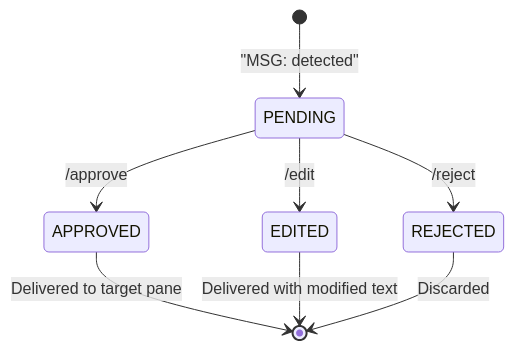
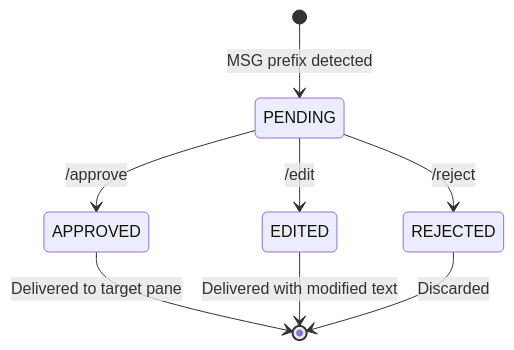
Before and after one commit to pingqLIN/terminal-bridge-v2: the second of 2 diagrams in README.md, drawn with Mermaid. The commit also changed 1 other file, not shown here.

Commit message:
fix: resolve Mermaid stateDiagram rendering on GitHub
Remove colon inside transition label that conflicts with Mermaid's
state --> state: label syntax, causing GitHub to fail rendering.

````diff
--- a/README.md
+++ b/README.md
@@ -184,10 +184,10 @@
 ```mermaid
 stateDiagram-v2
-    [*] --> PENDING: "MSG: detected"
+    [*] --> PENDING : MSG prefix detected
     PENDING --> APPROVED: /approve
     PENDING --> EDITED: /edit
     PENDING --> REJECTED: /reject
     APPROVED --> [*]: Delivered to target pane
     EDITED --> [*]: Delivered with modified text
     REJECTED --> [*]: Discarded
 ```
````
